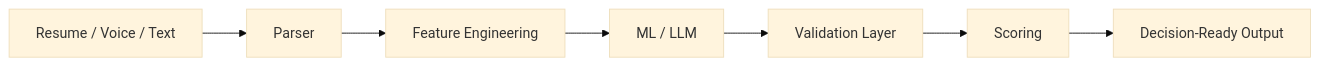
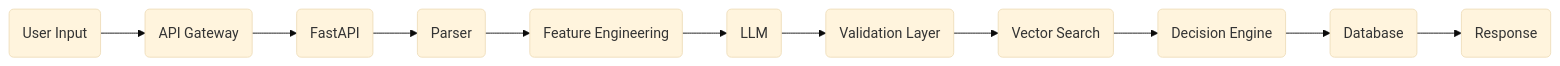
The diagram in README.md (HrshJha/HrshJha), drawn with Mermaid (base theme) before and after one commit. The commit also changed other lines of this file, not shown here.

````diff
--- a/README.md
+++ b/README.md
@@ -122,9 +77,33 @@
 ```mermaid
 flowchart LR
-    A[Resume / Voice / Text] --> B[Parser]
-    B --> C[Feature Engineering]
-    C --> D[ML / LLM]
-    D --> E[Validation Layer]
-    E --> F[Scoring]
-    F --> G[Decision-Ready Output]
+
+A(User Input)
+-->B(API Gateway)
+
+B
+-->C(FastAPI)
+
+C
+-->D(Parser)
+
+D
+-->E(Feature Engineering)
+
+E
+-->F(LLM)
+
+F
+-->G(Validation Layer)
+
+G
+-->H(Vector Search)
+
+H
+-->I(Decision Engine)
+
+I
+-->J(Database)
+
+J
+-->K(Response)
 ```
````
